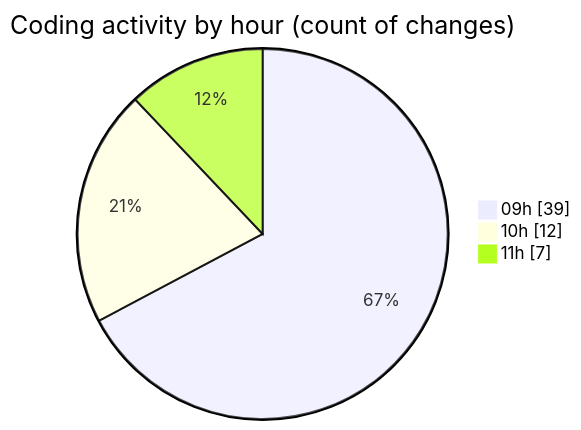
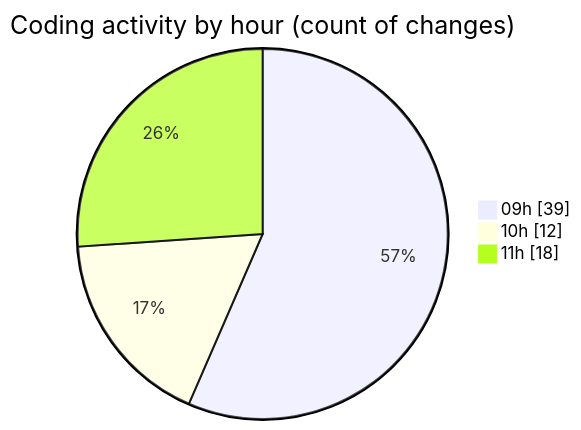
Before and after one commit to momahboobian/code-tracking: the second of 2 diagrams in 2025-03-04/cda/README.md, drawn with Mermaid. The commit also changed other lines of this file and 1 other file, not shown here.

````diff
--- a/2025-03-04/cda/README.md
+++ b/2025-03-04/cda/README.md
@@ -33,7 +33,7 @@
 ```mermaid
 pie showData
 title Coding activity by hour (count of changes)
 "09h" : 39
 "10h" : 12
-"11h" : 7
+"11h" : 18
 ```
````
